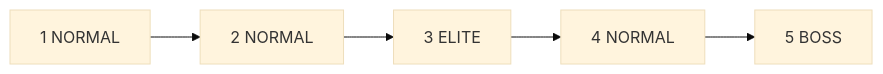
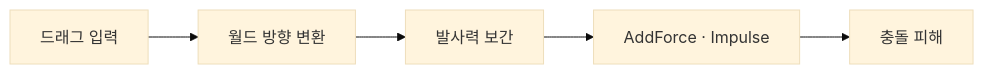
One commit to oppa073-hub/Animal-Ball-Fighter-Portfolio changed the fourth of 11 diagrams in README.md. Above: the diagram before and after it, drawn with Mermaid (base theme). The commit also changed other lines of this file and 782 other files, not shown here.

````diff
--- a/README.md
+++ b/README.md
@@ -115,7 +208,7 @@
 ```mermaid
 flowchart LR
-    R1[1 NORMAL] --> R2[2 NORMAL]
-    R2 --> R3[3 ELITE]
-    R3 --> R4[4 NORMAL]
-    R4 --> R5[5 BOSS]
+    A[드래그 입력] --> B[월드 방향 변환]
+    B --> C[발사력 보간]
+    C --> D[AddForce · Impulse]
+    D --> E[충돌 피해]
 ```
````
